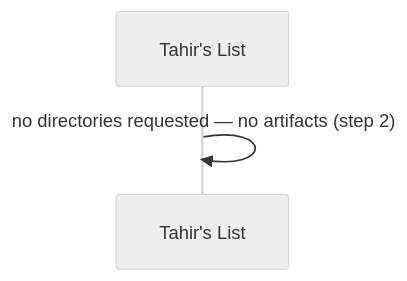
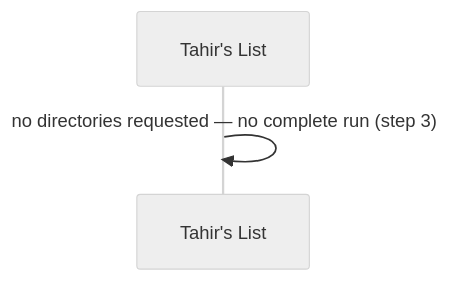
The sixth of 13 diagrams in docs/features/SC-211/04-blackbox/UC-01-run-sample-directory-ingestion.md (Losers-Lab/tahirs-list), drawn with Mermaid (neutral theme) before and after one commit. The commit also changed other lines of this file and 8 other files, not shown here.

````diff
--- a/docs/features/SC-211/04-blackbox/UC-01-run-sample-directory-ingestion.md
+++ b/docs/features/SC-211/04-blackbox/UC-01-run-sample-directory-ingestion.md
@@ -51,5 +58,5 @@
 ```mermaid
 sequenceDiagram
   participant TL as Tahir's List
-  TL->>TL: no directories requested — no artifacts (step 2)
+  TL->>TL: no directories requested — no complete run (step 3)
 ```
````
